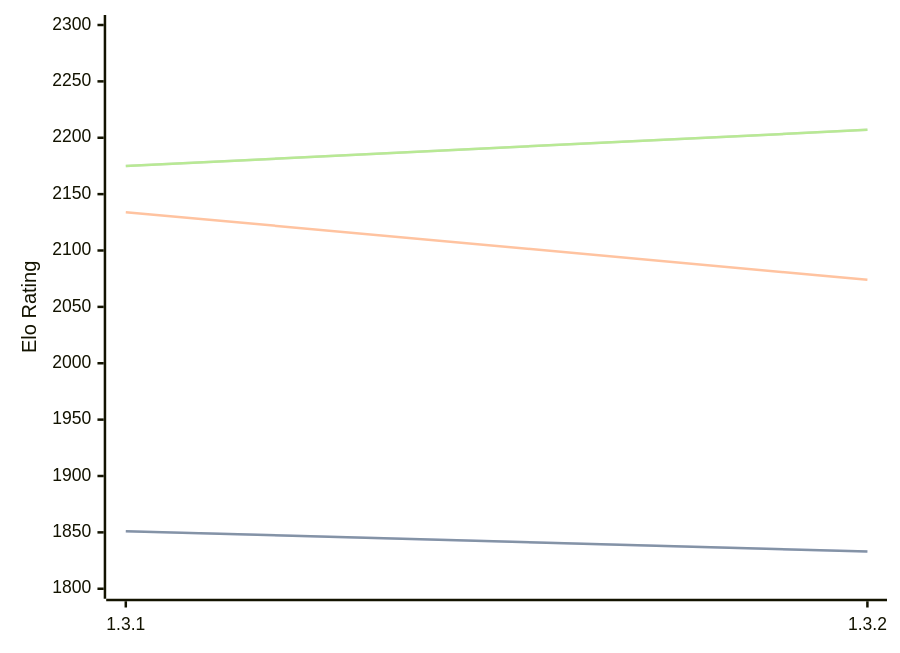
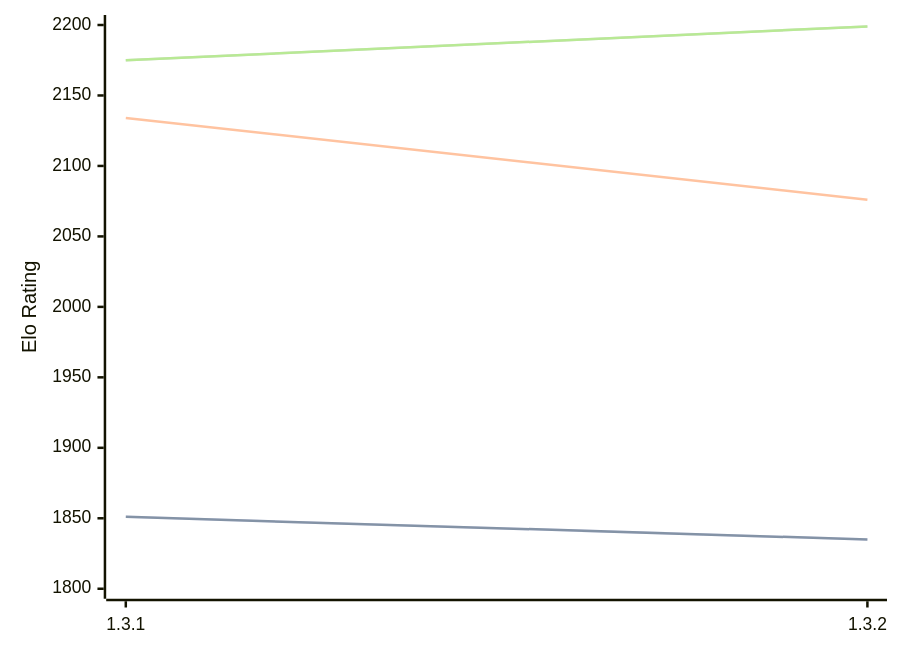
Before and after one commit to computer-chess-index/cci: the third of 3 diagrams in engines/Zugblitz.md, drawn with Mermaid. The commit also changed other lines of this file, not shown here.

Commit message:
Update CCI Ratings (ELO VLTC) - 2026-06-20

````diff
--- a/engines/Zugblitz.md
+++ b/engines/Zugblitz.md
@@ -65,11 +65,11 @@
 ```mermaid
 %%{init: {"theme":"base","themeVariables":{"seriesColors:['#a3a3a3','#222221','#faa371']}}}%%
 xychart-beta
   x-axis ["1.3.1", "1.3.2"]
-  y-axis "Elo Rating" 1800 --> 2300
-  line "STC (8.0+0.08s)" [1851, 1833]
-  line "STC (8.0+0.08s)" [1851, 1833]
-  line "LTC (60.0+0.60s)" [2134, 2074]
-  line "VLTC (2m24s+1.12s)" [2175, 2207]
-  line "VLTC (2m24s+1.12s)" [2175, 2207]
+  y-axis "Elo Rating" 1800 --> 2200
+  line "STC (8.0+0.08s)" [1851, 1835]
+  line "STC (8.0+0.08s)" [1851, 1835]
+  line "LTC (60.0+0.60s)" [2134, 2076]
+  line "VLTC (2m24s+1.12s)" [2175, 2199]
+  line "VLTC (2m24s+1.12s)" [2175, 2199]
 ```
````
